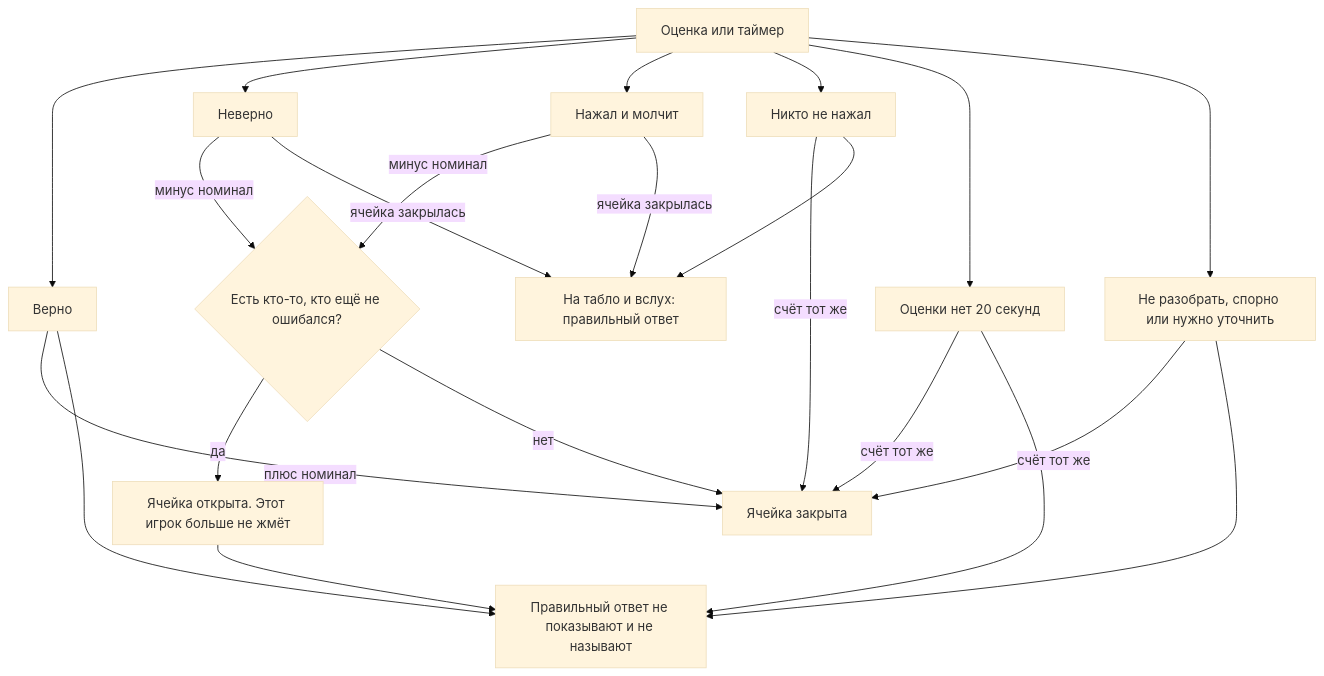
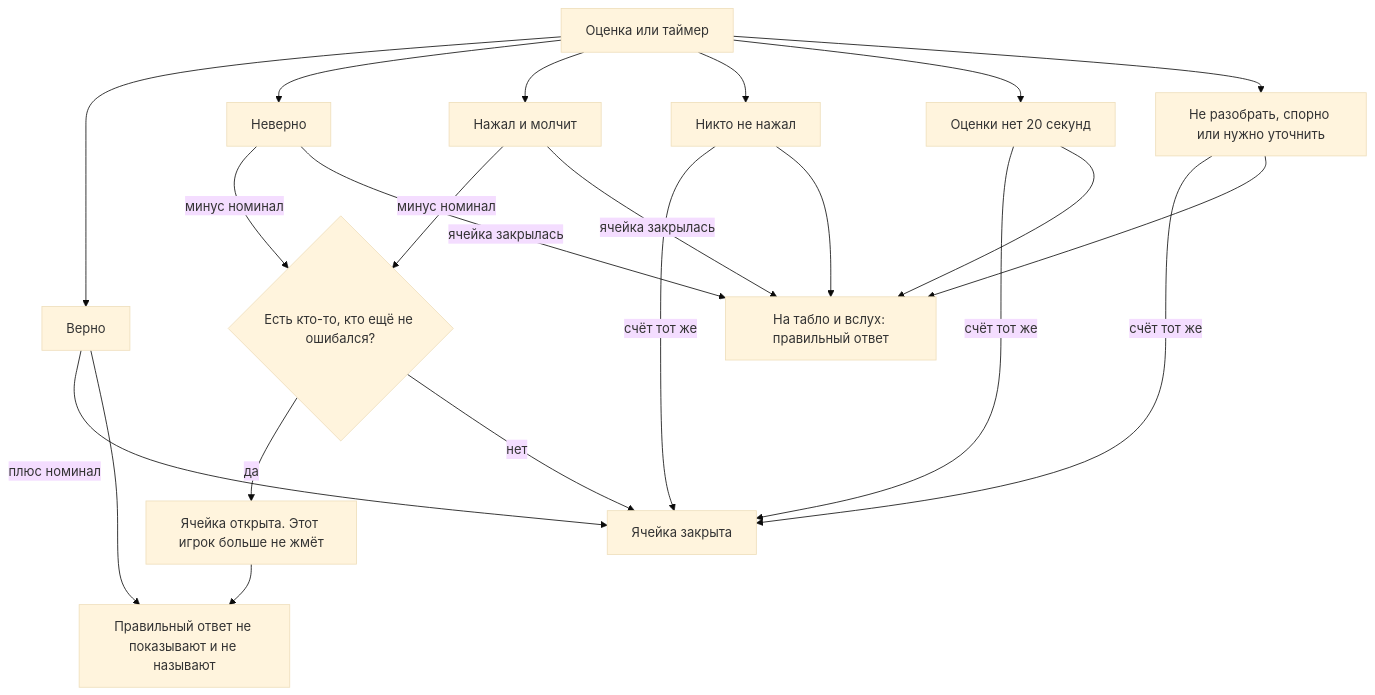
The third of 5 diagrams in docs/GAME.md (roginvs/aisigame), drawn with Mermaid (base theme) before and after one commit. The commit also changed other lines of this file and 9 other files, not shown here.

````diff
--- a/docs/GAME.md
+++ b/docs/GAME.md
@@ -108,38 +108,38 @@
 ```mermaid
 flowchart TD
   got[Оценка или таймер]
   right[Верно]
   wrong[Неверно]
   quiet[Нажал и молчит]
   none[Никто не нажал]
   late[Оценки нет 20 секунд]
   muddy[Не разобрать, спорно или нужно уточнить]
   open[Ячейка открыта. Этот игрок больше не жмёт]
   shut[Ячейка закрыта]
   hidden[Правильный ответ не показывают и не называют]
   spoken[На табло и вслух: правильный ответ]
 
   got --> right
   got --> wrong
   got --> quiet
   got --> none
   got --> late
   got --> muddy
 
   right -->|плюс номинал| shut
   wrong -->|минус номинал| fork{Есть кто-то, кто ещё не ошибался?}
   quiet -->|минус номинал| fork
   fork -->|да| open
   fork -->|нет| shut
   none -->|счёт тот же| shut
   late -->|счёт тот же| shut
   muddy -->|счёт тот же| shut
 
   right --> hidden
   open --> hidden
   none --> spoken
   wrong -->|ячейка закрылась| spoken
   quiet -->|ячейка закрылась| spoken
-  late --> hidden
-  muddy --> hidden
+  late --> spoken
+  muddy --> spoken
 ```
````
